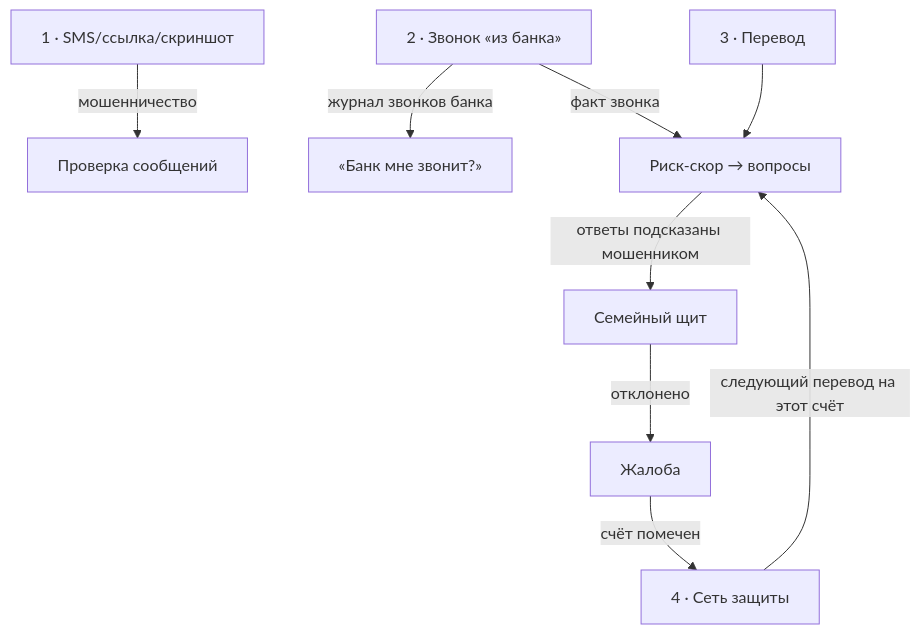
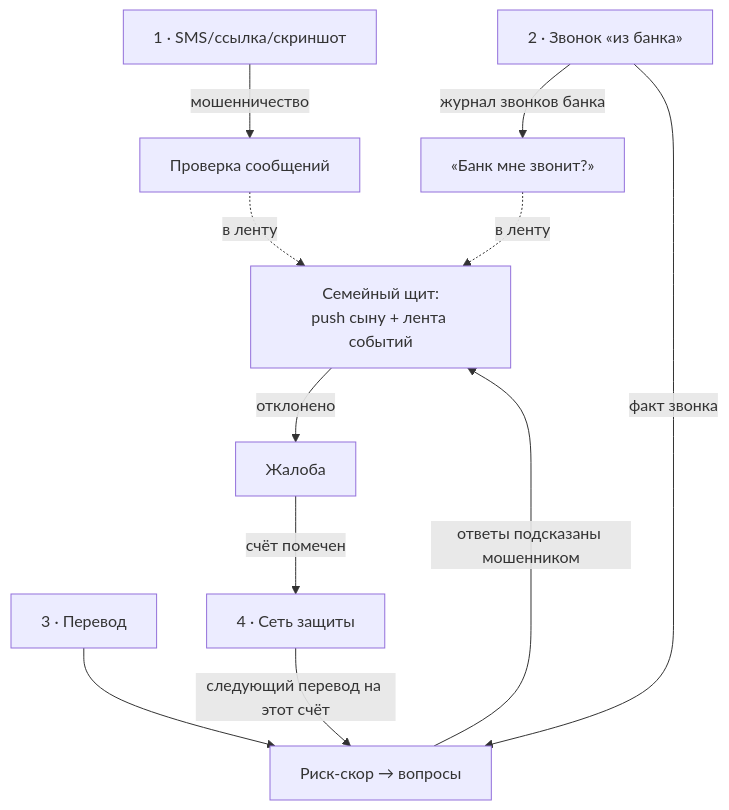
Before and after one commit to adiletpn/Qaqpan: the second of 2 diagrams in docs/ARCHITECTURE.md, drawn with Mermaid. The commit also changed other lines of this file and 1 other file, not shown here.

Commit message:
docs: architecture and CLAUDE.md include the family module

````diff
--- a/docs/ARCHITECTURE.md
+++ b/docs/ARCHITECTURE.md
@@ -34,11 +36,13 @@
 ```mermaid
 flowchart TB
   A["1 · SMS/ссылка/скриншот"] -->|мошенничество| S1["Проверка сообщений"]
   B["2 · Звонок «из банка»"] -->|журнал звонков банка| S2["«Банк мне звонит?»"]
   B -->|факт звонка| S3
   C["3 · Перевод"] --> S3["Риск-скор → вопросы"]
-  S3 -->|ответы подсказаны мошенником| F["Семейный щит"]
+  S3 -->|ответы подсказаны мошенником| F["Семейный щит:<br/>push сыну + лента событий"]
+  S1 -. "в ленту" .-> F
+  S2 -. "в ленту" .-> F
   F -->|отклонено| J["Жалоба"]
   J -->|счёт помечен| S4["4 · Сеть защиты"]
   S4 -->|следующий перевод на этот счёт| S3
 ```
````
